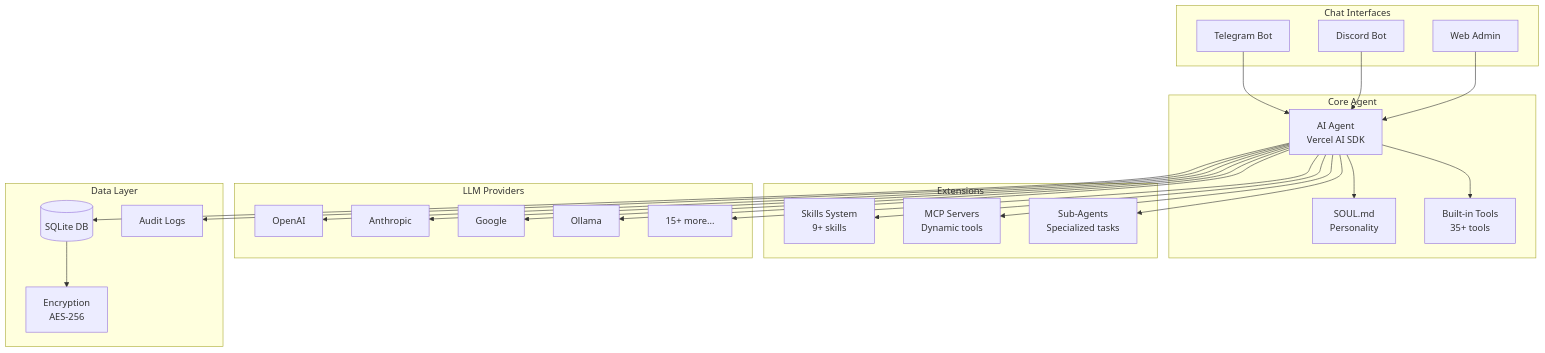
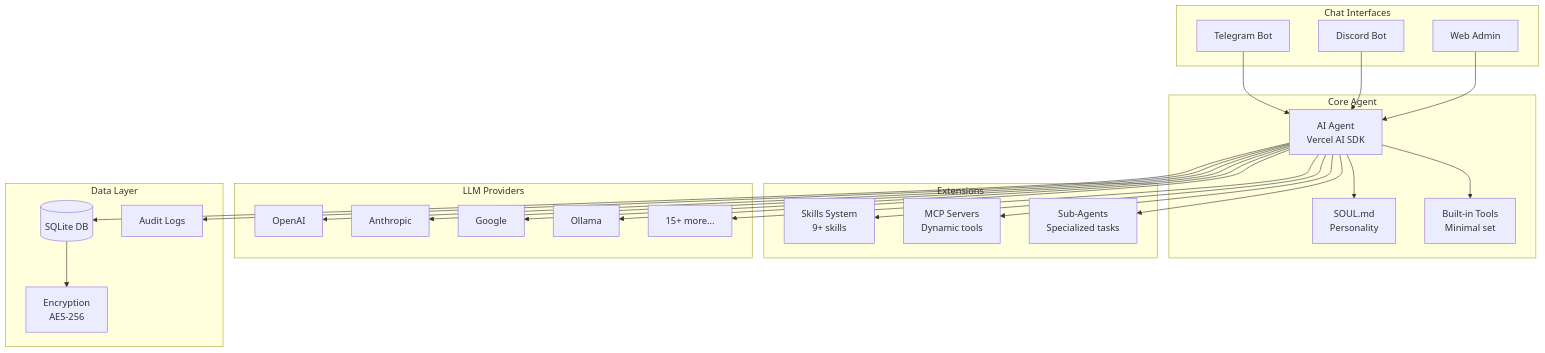
Before and after one commit to ErzenXz/overseer: the diagram in README.md, drawn with Mermaid. The commit also changed other lines of this file, not shown here.

````diff
--- a/README.md
+++ b/README.md
@@ -362,54 +354,54 @@
 ```mermaid
 graph TB
     subgraph "Chat Interfaces"
         TG[Telegram Bot]
         DC[Discord Bot]
         WEB[Web Admin]
     end
     
     subgraph "Core Agent"
         AGENT[AI Agent<br/>Vercel AI SDK]
         SOUL[SOUL.md<br/>Personality]
-        TOOLS[Built-in Tools<br/>35+ tools]
+        TOOLS[Built-in Tools<br/>Minimal set]
     end
     
     subgraph "Extensions"
         SKILLS[Skills System<br/>9+ skills]
         MCP[MCP Servers<br/>Dynamic tools]
         SUBAGENT[Sub-Agents<br/>Specialized tasks]
     end
     
     subgraph "LLM Providers"
         OPENAI[OpenAI]
         ANTHROPIC[Anthropic]
         GOOGLE[Google]
         OLLAMA[Ollama]
         OTHER[15+ more...]
     end
     
     subgraph "Data Layer"
         DB[(SQLite DB)]
         CRYPTO[Encryption<br/>AES-256]
         LOGS[Audit Logs]
     end
     
     TG --> AGENT
     DC --> AGENT
     WEB --> AGENT
     
     AGENT --> SOUL
     AGENT --> TOOLS
     AGENT --> SKILLS
     AGENT --> MCP
     AGENT --> SUBAGENT
     
     AGENT --> OPENAI
     AGENT --> ANTHROPIC
     AGENT --> GOOGLE
     AGENT --> OLLAMA
     AGENT --> OTHER
     
     AGENT --> DB
     DB --> CRYPTO
     AGENT --> LOGS
 ```
````
